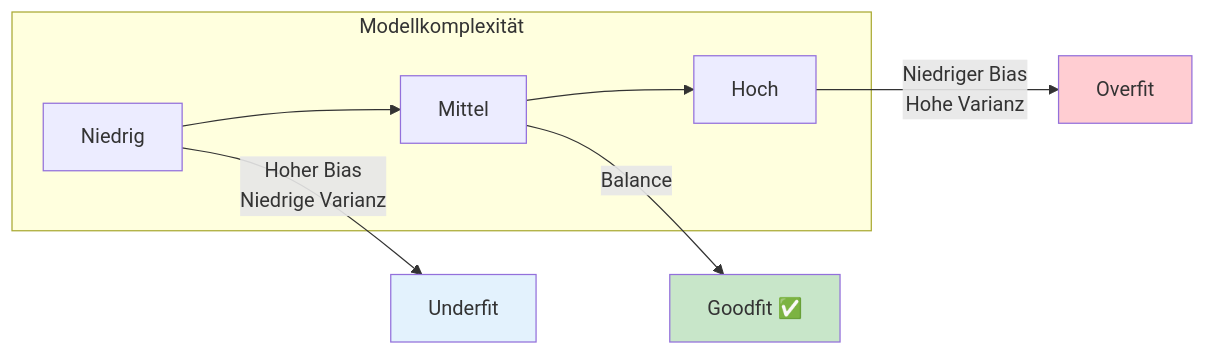
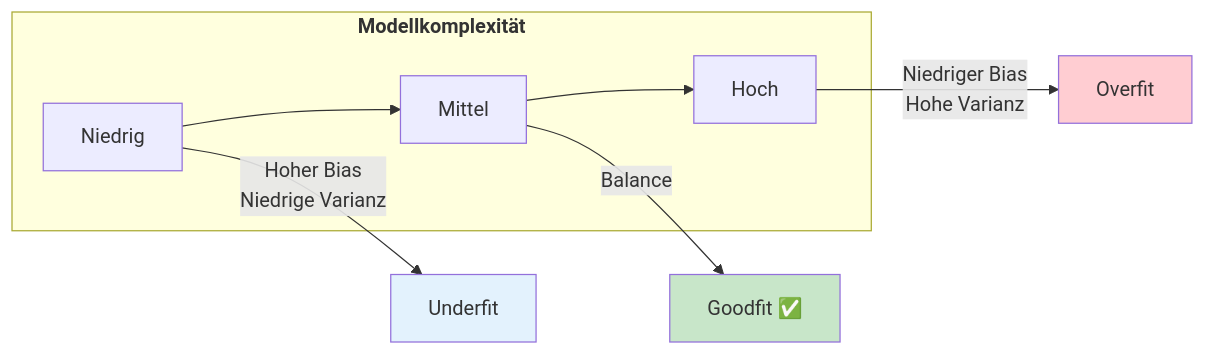
The fourth of 7 diagrams in docs/concepts/evaluate/overfitting.md (ralf-42/ML_Intro), drawn with Mermaid before and after one commit. The commit also changed other lines of this file and 6 other files, not shown here.

````diff
--- a/docs/concepts/evaluate/overfitting.md
+++ b/docs/concepts/evaluate/overfitting.md
@@ -131,14 +131,14 @@
 ```mermaid
 flowchart LR
-    subgraph tradeoff["Modellkomplexität"]
+    subgraph tradeoff["<b>Modellkomplexität"]
         LOW["Niedrig"] --> MED["Mittel"] --> HIGH["Hoch"]
     end
     
     LOW --> |"Hoher Bias<br/>Niedrige Varianz"| UF["Underfit"]
     HIGH --> |"Niedriger Bias<br/>Hohe Varianz"| OF["Overfit"]
     MED --> |"Balance"| GF["Goodfit ✅"]
     
     style UF fill:#e3f2fd
     style OF fill:#ffcdd2
     style GF fill:#c8e6c9
 ```
````
